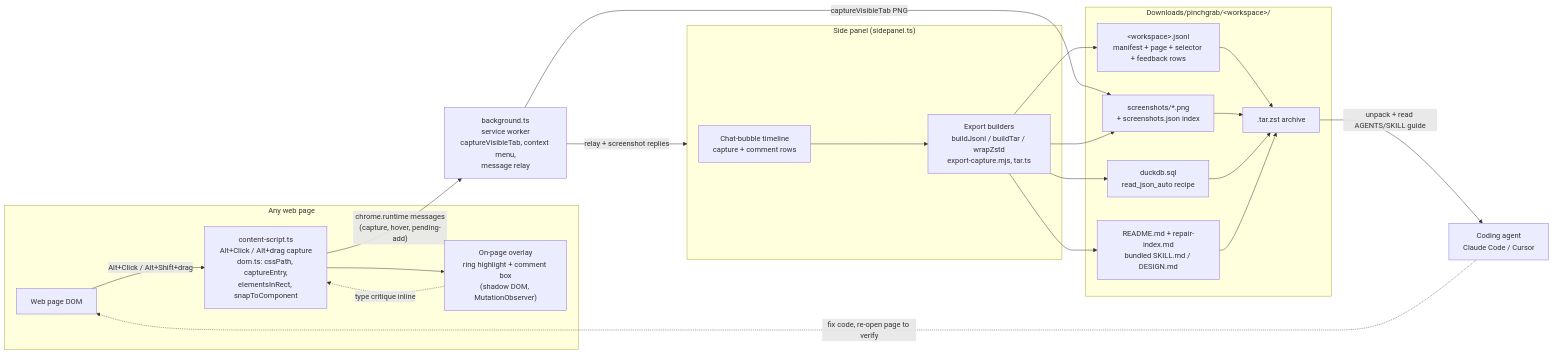
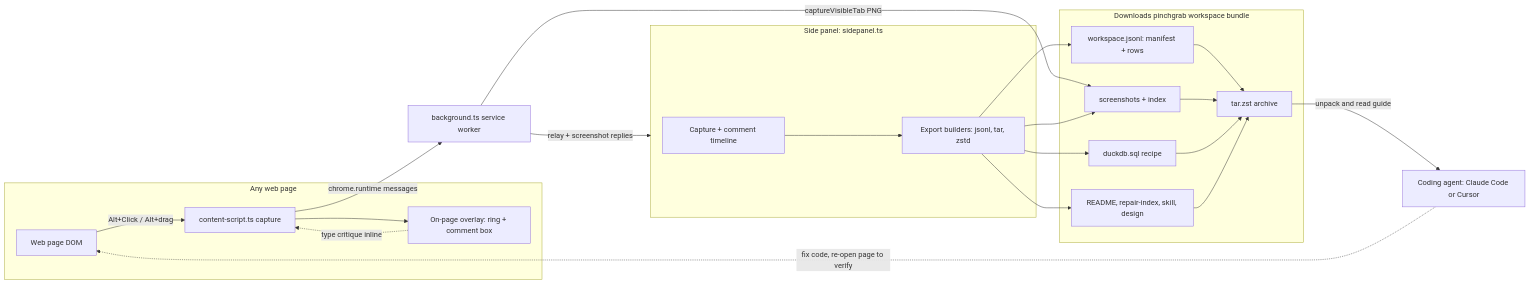
Before and after one commit to wranngle/pinchgrab: the diagram in README.md, drawn with Mermaid. The commit also changed other lines of this file and 2 other files, not shown here.

````diff
--- a/README.md
+++ b/README.md
@@ -85,43 +94,43 @@
 ```mermaid
 flowchart LR
     subgraph PAGE["Any web page"]
         WEB["Web page DOM"]
-        CS["content-script.ts<br/>Alt+Click / Alt+drag capture<br/>dom.ts: cssPath, captureEntry,<br/>elementsInRect, snapToComponent"]
-        OVERLAY["On-page overlay<br/>ring highlight + comment box<br/>(shadow DOM, MutationObserver)"]
-        WEB -- "Alt+Click / Alt+Shift+drag" --> CS
+        CS["content-script.ts capture"]
+        OVERLAY["On-page overlay: ring + comment box"]
+        WEB -- "Alt+Click / Alt+drag" --> CS
         CS --> OVERLAY
         OVERLAY -. "type critique inline" .-> CS
     end
 
-    BG["background.ts<br/>service worker<br/>captureVisibleTab, context menu,<br/>message relay"]
+    BG["background.ts service worker"]
 
-    subgraph PANEL["Side panel (sidepanel.ts)"]
-        TIMELINE["Chat-bubble timeline<br/>capture + comment rows"]
-        BUILD["Export builders<br/>buildJsonl / buildTar / wrapZstd<br/>export-capture.mjs, tar.ts"]
+    subgraph PANEL["Side panel: sidepanel.ts"]
+        TIMELINE["Capture + comment timeline"]
+        BUILD["Export builders: jsonl, tar, zstd"]
         TIMELINE --> BUILD
     end
 
-    subgraph BUNDLE["Downloads/pinchgrab/&lt;workspace&gt;/"]
-        JSONL["&lt;workspace&gt;.jsonl<br/>manifest + page + selector + feedback rows"]
-        SHOTS["screenshots/*.png<br/>+ screenshots.json index"]
-        DUCK["duckdb.sql<br/>read_json_auto recipe"]
-        DOCS["README.md + repair-index.md<br/>bundled SKILL.md / DESIGN.md"]
-        TARZ[".tar.zst archive"]
+    subgraph BUNDLE["Downloads pinchgrab workspace bundle"]
+        JSONL["workspace.jsonl: manifest + rows"]
+        SHOTS["screenshots + index"]
+        DUCK["duckdb.sql recipe"]
+        DOCS["README, repair-index, skill, design"]
+        TARZ["tar.zst archive"]
         JSONL --> TARZ
         SHOTS --> TARZ
         DUCK --> TARZ
         DOCS --> TARZ
     end
 
-    AGENT["Coding agent<br/>Claude Code / Cursor"]
+    AGENT["Coding agent: Claude Code or Cursor"]
 
-    CS -- "chrome.runtime messages<br/>(capture, hover, pending-add)" --> BG
+    CS -- "chrome.runtime messages" --> BG
     BG -- "relay + screenshot replies" --> PANEL
     BG -- "captureVisibleTab PNG" --> SHOTS
     BUILD --> JSONL
     BUILD --> SHOTS
     BUILD --> DUCK
     BUILD --> DOCS
-    TARZ -- "unpack + read AGENTS/SKILL guide" --> AGENT
+    TARZ -- "unpack and read guide" --> AGENT
     AGENT -. "fix code, re-open page to verify" .-> WEB
 ```
````
